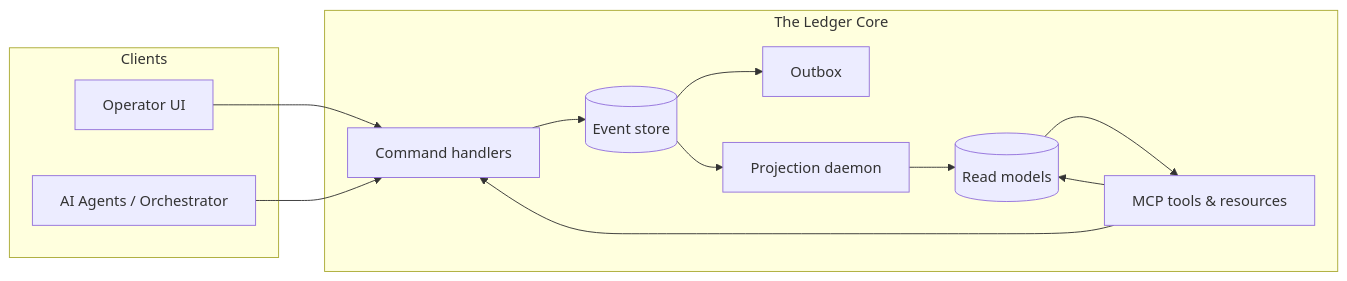
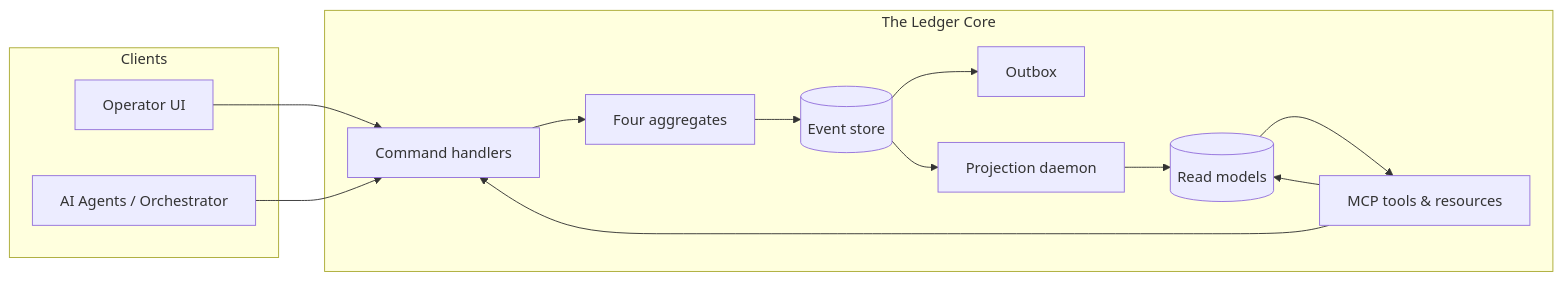
One commit to Kemrish/The-Ledger changed the first of 7 diagrams in FINAL_SUBMISSION_REPORT.md. Above: the diagram before and after it, drawn with Mermaid. The commit also changed other lines of this file and 23 other files, not shown here.

````diff
--- a/FINAL_SUBMISSION_REPORT.md
+++ b/FINAL_SUBMISSION_REPORT.md
@@ -71,26 +185,28 @@
 ```mermaid
 flowchart LR
     subgraph Clients
         UI[Operator UI]
         Agents[AI Agents / Orchestrator]
     end
 
     subgraph Ledger["The Ledger Core"]
         CMD[Command handlers]
+        AGG[Four aggregates]
         ES[(Event store)]
         OB[Outbox]
         PD[Projection daemon]
         RM[(Read models)]
         MCP[MCP tools & resources]
     end
 
     UI --> CMD
     Agents --> CMD
-    CMD --> ES
+    CMD --> AGG
+    AGG --> ES
     ES --> OB
     ES --> PD
     PD --> RM
     MCP --> CMD
     MCP --> RM
     RM --> MCP
 ```
````
